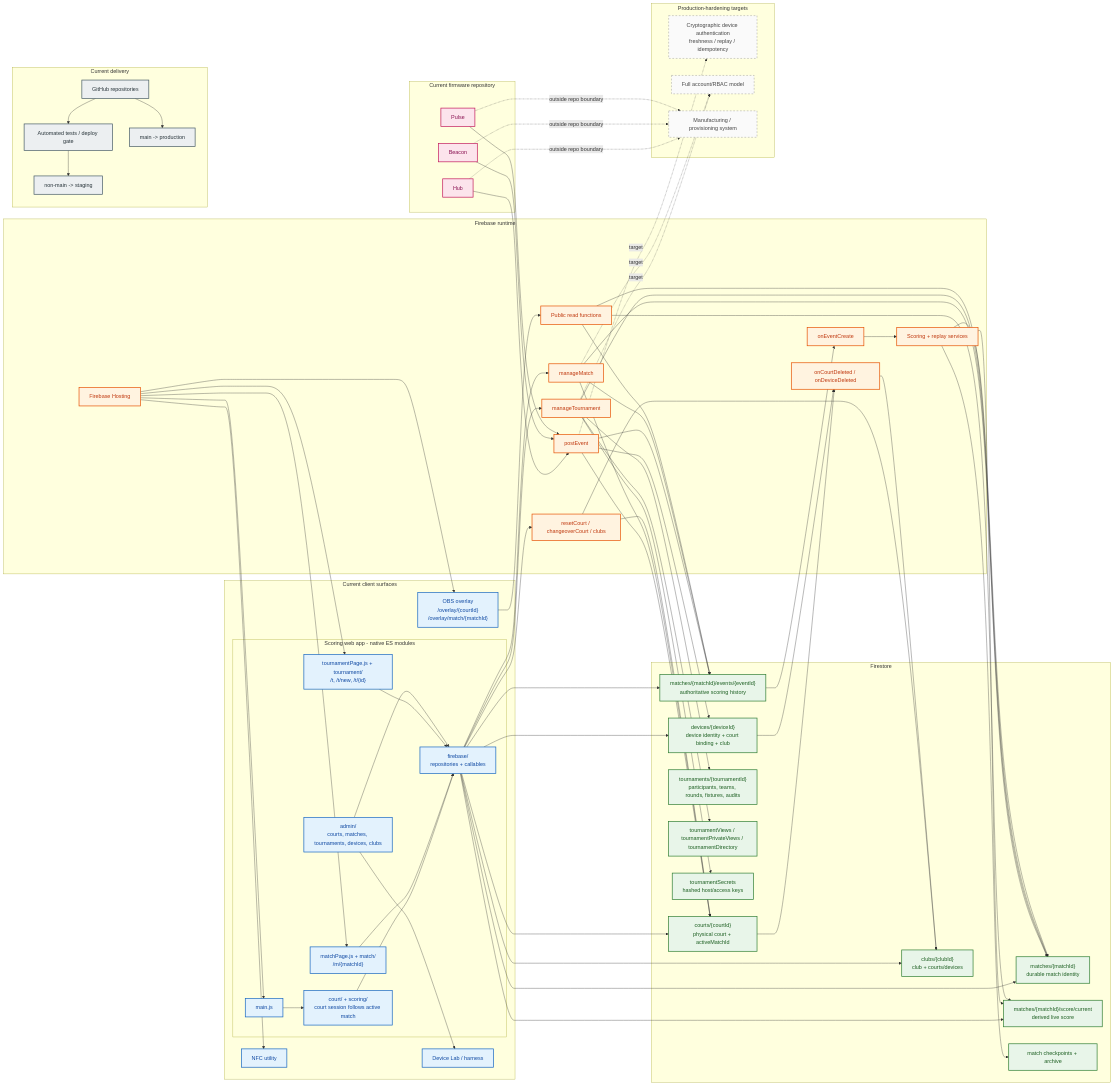
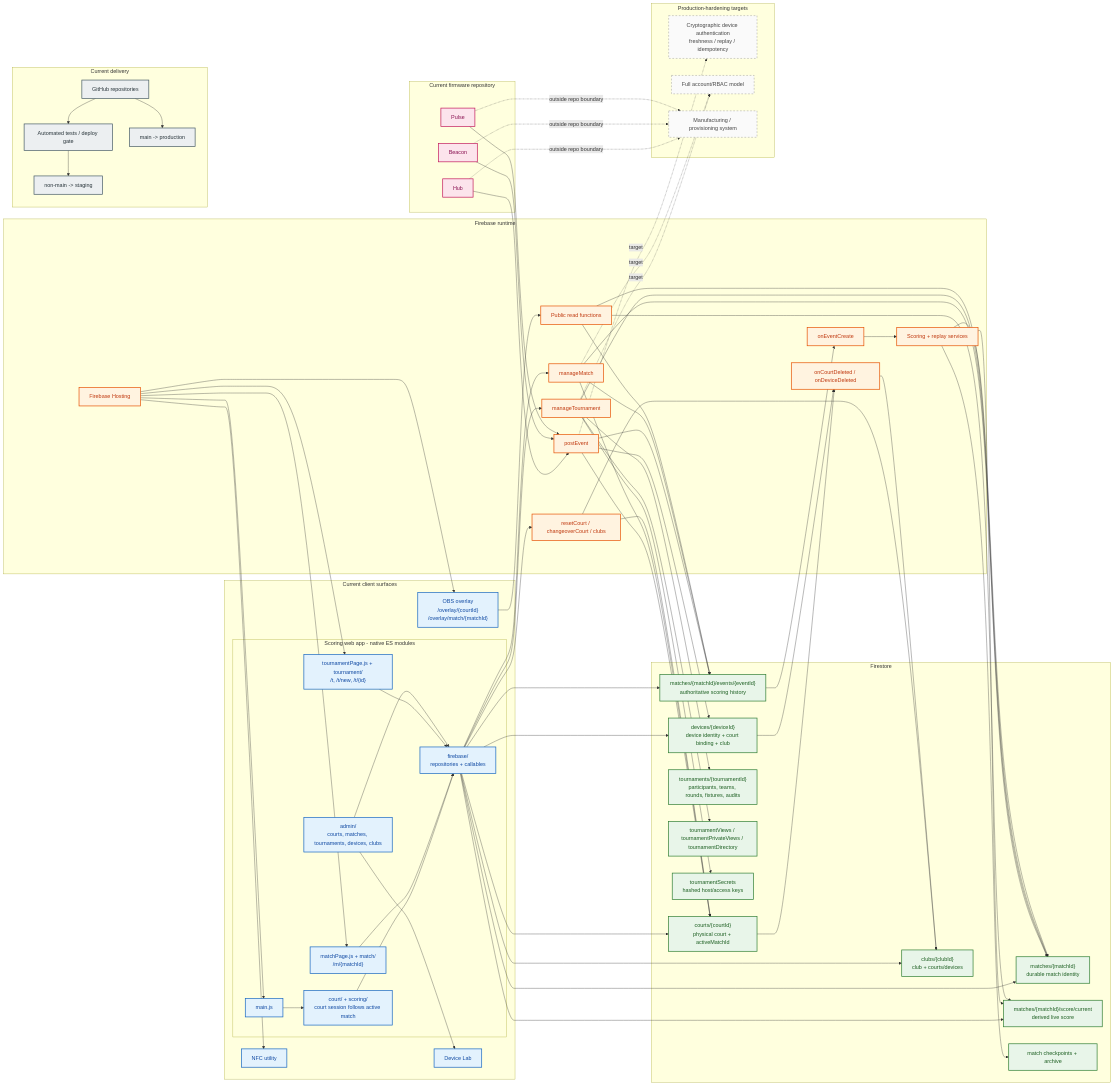
Before and after one commit to creepyLANguy/PuntoPrototype: the diagram in docs/PP_Architecture.mmd, drawn with Mermaid. The commit also changed 9 other files, not shown here.

Commit message:
Improve Device Lab usability and routing

```diff
--- a/docs/PP_Architecture.mmd
+++ b/docs/PP_Architecture.mmd
@@ -1,136 +1,136 @@
 flowchart LR
     classDef client fill:#E3F2FD,stroke:#1565C0,stroke-width:2px,color:#0D47A1
     classDef firebase fill:#FFF3E0,stroke:#E65100,stroke-width:2px,color:#BF360C
     classDef data fill:#E8F5E9,stroke:#2E7D32,stroke-width:2px,color:#1B5E20
     classDef device fill:#FCE4EC,stroke:#C2185B,stroke-width:2px,color:#880E4F
     classDef delivery fill:#ECEFF1,stroke:#455A64,stroke-width:2px,color:#263238
     classDef target fill:#FAFAFA,stroke:#777777,stroke-width:1px,stroke-dasharray:5 5,color:#444444
 
     subgraph CLIENTS["Current client surfaces"]
         subgraph WEBAPP["Scoring web app - native ES modules"]
             WEB["main.js"]
             COURTUI["court/ + scoring/<br/>court session follows active match"]
             MATCHUI["matchPage.js + match/<br/>/m/{matchId}"]
             TOURUI["tournamentPage.js + tournament/<br/>/t, /t/new, /t/{id}"]
             ADMIN["admin/<br/>courts, matches, tournaments, devices, clubs"]
             FB["firebase/<br/>repositories + callables"]
         end
         OVERLAY["OBS overlay<br/>/overlay/{courtId}<br/>/overlay/match/{matchId}"]
         NFC["NFC utility"]
-        LAB["Device Lab / harness"]
+        LAB["Device Lab"]
     end
 
     subgraph FIRMWARE["Current firmware repository"]
         HUB["Hub"]
         BEACON["Beacon"]
         PULSE["Pulse"]
     end
 
     subgraph FIREBASE["Firebase runtime"]
         HOST["Firebase Hosting"]
         INGEST["postEvent"]
         MATCHCALL["manageMatch"]
         TOURCALL["manageTournament"]
         OTHERCALL["resetCourt / changeoverCourt / clubs"]
         TRIGGER["onEventCreate"]
         CLUBTRIGGER["onCourtDeleted / onDeviceDeleted"]
         SCORE["Scoring + replay services"]
         PUBLIC["Public read functions"]
     end
 
     subgraph DATA["Firestore"]
         COURTS["courts/{courtId}<br/>physical court + activeMatchId"]
         MATCHES["matches/{matchId}<br/>durable match identity"]
         EVENTS["matches/{matchId}/events/{eventId}<br/>authoritative scoring history"]
         LIVE["matches/{matchId}/score/current<br/>derived live score"]
         CHECK["match checkpoints + archive"]
         TOURS["tournaments/{tournamentId}<br/>participants, teams, rounds, fixtures, audits"]
         VIEWS["tournamentViews / tournamentPrivateViews / tournamentDirectory"]
         SECRETS["tournamentSecrets<br/>hashed host/access keys"]
         DEVICES["devices/{deviceId}<br/>device identity + court binding + club"]
         CLUBS["clubs/{clubId}<br/>club + courts/devices"]
     end
 
     subgraph DELIVERY["Current delivery"]
         REPO["GitHub repositories"]
         TESTS["Automated tests / deploy gate"]
         STAGING["non-main -> staging"]
         PROD["main -> production"]
     end
 
     subgraph TARGETS["Production-hardening targets"]
         AUTH["Cryptographic device authentication<br/>freshness / replay / idempotency"]
         RBAC["Full account/RBAC model"]
         MFG["Manufacturing / provisioning system"]
     end
 
     HOST --> WEB
     HOST --> MATCHUI
     HOST --> TOURUI
     HOST --> OVERLAY
     HOST --> NFC
     ADMIN --> LAB
 
     WEB --> COURTUI
     COURTUI --> FB
     MATCHUI --> FB
     TOURUI --> FB
     ADMIN --> FB
 
     FB --> COURTS
     FB --> MATCHES
     FB --> EVENTS
     FB --> LIVE
     FB --> DEVICES
     FB --> CLUBS
     FB --> MATCHCALL
     FB --> TOURCALL
     FB --> OTHERCALL
 
     HUB --> INGEST
     BEACON --> INGEST
     PULSE --> INGEST
     INGEST --> DEVICES
     INGEST --> COURTS
     INGEST --> EVENTS
     EVENTS --> TRIGGER
     TRIGGER --> SCORE
     SCORE --> LIVE
     SCORE --> CHECK
     SCORE --> MATCHES
 
     MATCHCALL --> MATCHES
     MATCHCALL --> COURTS
     MATCHCALL --> EVENTS
     TOURCALL --> TOURS
     TOURCALL --> MATCHES
     TOURCALL --> VIEWS
     TOURCALL --> SECRETS
     OTHERCALL --> COURTS
     OTHERCALL --> CLUBS
     COURTS --> CLUBTRIGGER
     DEVICES --> CLUBTRIGGER
     CLUBTRIGGER --> CLUBS
 
     OVERLAY --> PUBLIC
     PUBLIC --> MATCHES
     PUBLIC --> LIVE
     PUBLIC --> EVENTS
 
     REPO --> TESTS
     TESTS --> STAGING
     REPO --> PROD
 
     INGEST -. "target" .-> AUTH
     TOURCALL -. "target" .-> RBAC
     MATCHCALL -. "target" .-> RBAC
     HUB -. "outside repo boundary" .-> MFG
     BEACON -. "outside repo boundary" .-> MFG
     PULSE -. "outside repo boundary" .-> MFG
 
     class WEB,COURTUI,MATCHUI,TOURUI,ADMIN,FB,OVERLAY,NFC,LAB client
     class HUB,BEACON,PULSE device
     class HOST,INGEST,MATCHCALL,TOURCALL,OTHERCALL,TRIGGER,CLUBTRIGGER,SCORE,PUBLIC firebase
     class COURTS,MATCHES,EVENTS,LIVE,CHECK,TOURS,VIEWS,SECRETS,DEVICES,CLUBS data
     class REPO,TESTS,STAGING,PROD delivery
     class AUTH,RBAC,MFG target
```
